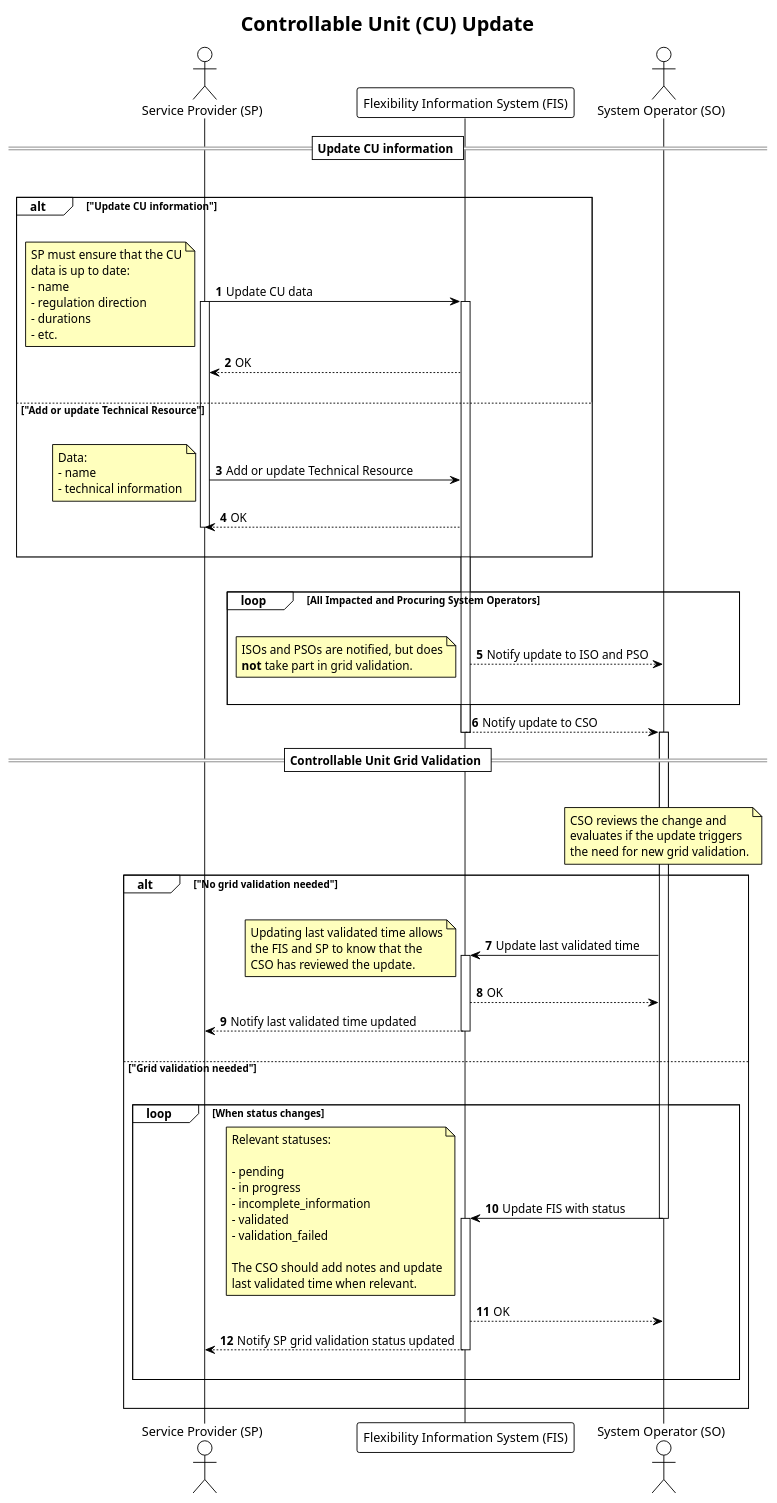
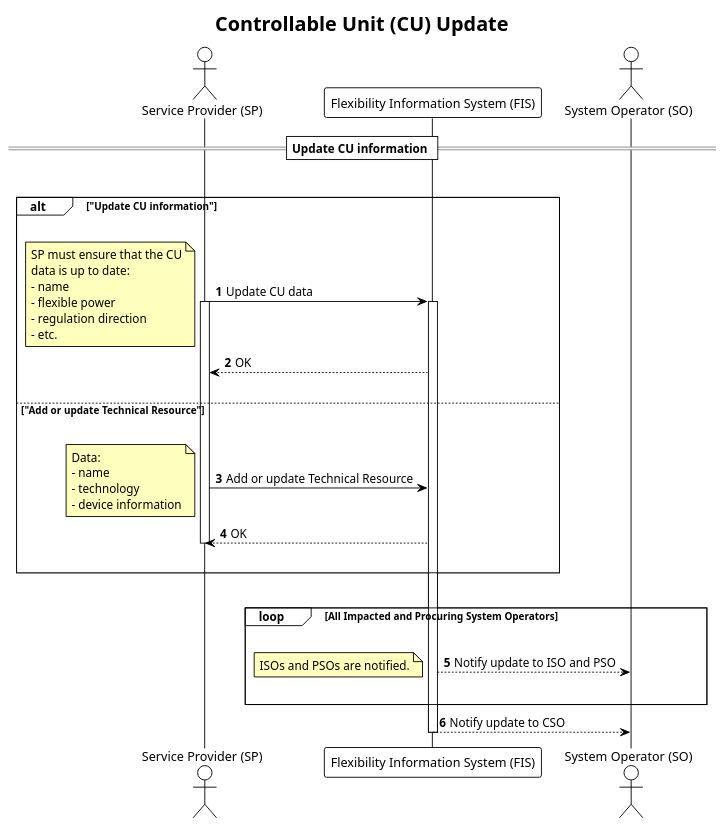
The diagram in docs/diagrams/controllable_unit_update.plantuml (elhub/flex-information-system), drawn with PlantUML before and after one commit. The commit also changed 1 other file, not shown here.

Commit message:
CU update process: Removed grid validation

```diff
--- a/docs/diagrams/controllable_unit_update.plantuml
+++ b/docs/diagrams/controllable_unit_update.plantuml
@@ -1,110 +1,61 @@
 @startuml controllable_unit_update
 !theme plain
 
 title Controllable Unit (CU) Update
 
 autonumber
 skinparam note {
     BackgroundColor #FFFFBD
 }
 
 actor "Service Provider (SP)" as SP
 participant "Flexibility Information System (FIS)" as FIS
 actor "System Operator (SO)" as SO
 
 
 == Update CU information ==
 
 |||
 
 alt "Update CU information"
     |||
     SP -> FIS: Update CU data
     activate SP
 note left
     SP must ensure that the CU
     data is up to date:
     - name
+    - flexible power
     - regulation direction
-    - durations
     - etc.
 end note
 activate FIS
 FIS --> SP: OK
     |||
 else "Add or update Technical Resource"
     |||
     SP -> FIS: Add or update Technical Resource
     note left
         Data:
         - name
-        - technical information
+        - technology
+        - device information
     end note
     FIS --> SP: OK
     deactivate SP
     |||
 end
     |||
 
 loop All Impacted and Procuring System Operators
     |||
     FIS --> SO: Notify update to ISO and PSO
     note left
-        ISOs and PSOs are notified, but does
-        <b>not</b> take part in grid validation.
+        ISOs and PSOs are notified.
     end note
     |||
 end
 FIS --> SO: Notify update to CSO
 deactivate FIS
 
-== Controllable Unit Grid Validation ==
-
-activate SO
-    |||
-note over SO
-    CSO reviews the change and
-    evaluates if the update triggers
-    the need for new grid validation.
-end note
-
-alt "No grid validation needed"
-    |||
-    SO -> FIS: Update last validated time
-    note left
-        Updating last validated time allows
-        the FIS and SP to know that the
-        CSO has reviewed the update.
-    end note
-    activate FIS
-    FIS --> SO: OK
-    FIS --> SP: Notify last validated time updated
-    deactivate FIS
-    |||
-else "Grid validation needed"
-    |||
-    loop When status changes
-        SO -> FIS: Update FIS with status
-        deactivate SO
-        note left
-            Relevant statuses:
-
-            - pending
-            - in progress
-            - incomplete_information
-            - validated
-            - validation_failed
-
-            The CSO should add notes and update
-            last validated time when relevant.
-        end note
-        activate FIS
-        FIS --> SO: OK
-        FIS --> SP: Notify SP grid validation status updated
-        deactivate FIS
-        |||
-    end
-    |||
-end
-
 @enduml
```
